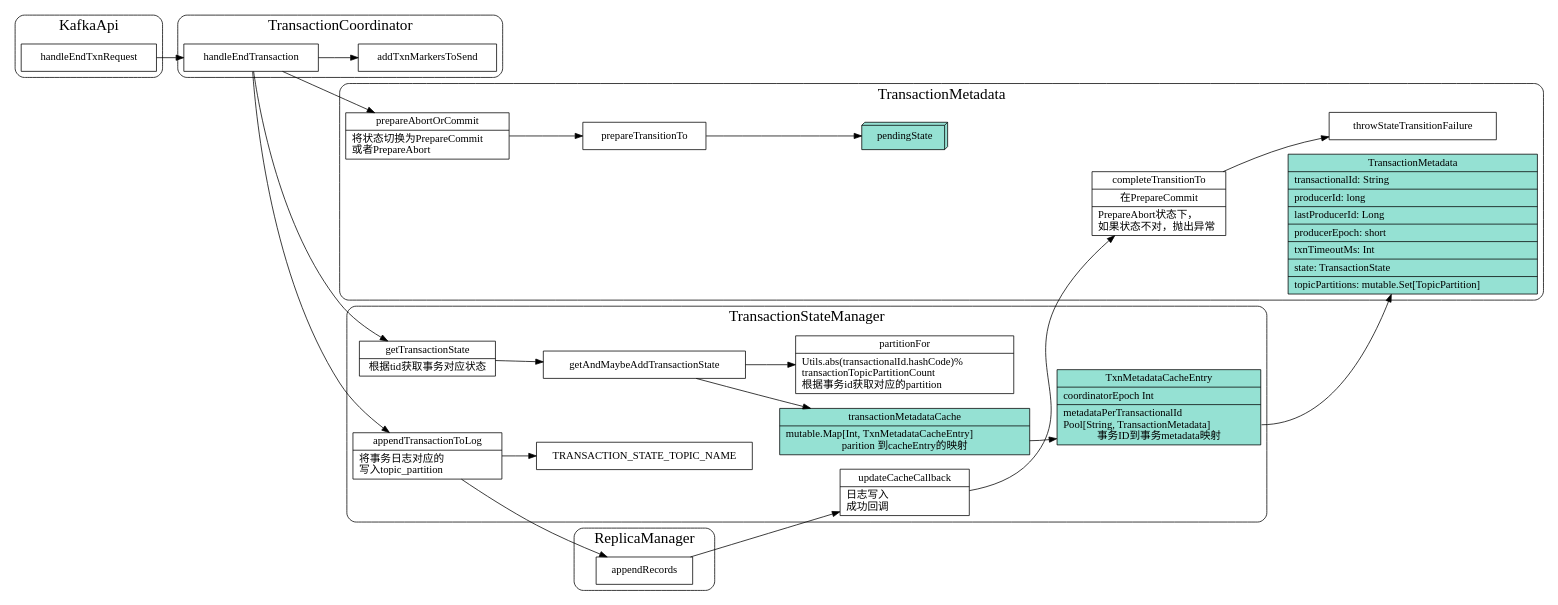
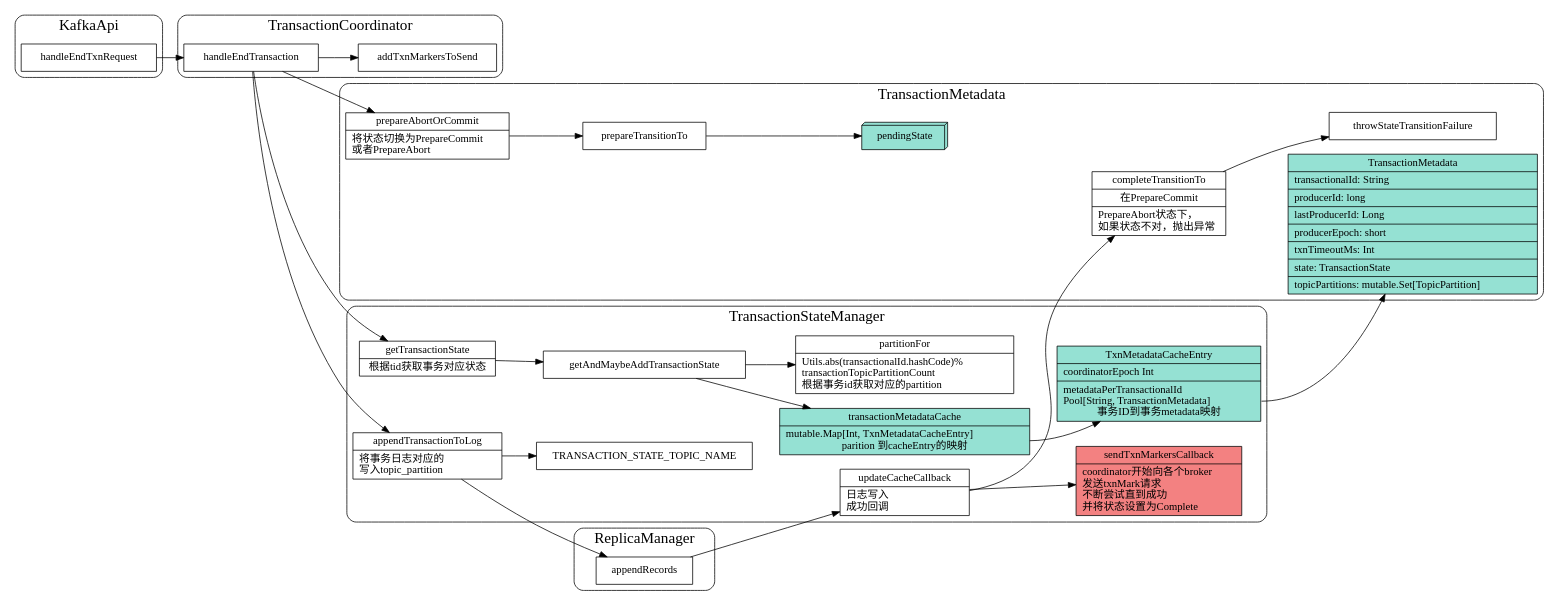
One commit to xieyu/blog changed the diagram in src/kafka/txn-prepare.dot. Above: the diagram before and after it, drawn with Graphviz. The commit also changed 3 other files, not shown here.

Commit message:
draft: refine graph of prepare/commit

```diff
--- a/src/kafka/txn-prepare.dot
+++ b/src/kafka/txn-prepare.dot
@@ -1,155 +1,168 @@
 digraph txn_prepare {
   node[shape=box;];
   newrank=true;
   rankdir=LR;
 
   subgraph cluster_ReplicaManager {
     graph[label="ReplicaManager";fontsize=20;style=rounded];
     appendRecords;
   };
 
   subgraph cluster_TransactionMetadata {
     graph[label="TransactionMetadata";fontsize=20;style=rounded];
     TransactionMetadata[
       fillcolor="#95e1d3";
       style=filled;
       shape="record";
       label="{{
         TransactionMetadata|
         transactionalId: String \l|
         producerId: long \l|
         lastProducerId: Long \l|
         producerEpoch: short \l|
         txnTimeoutMs: Int \l|
         state: TransactionState \l|
         <tp> topicPartitions: mutable.Set[TopicPartition]\l
       }}";
     ];
     prepareTransitionTo[
       shape="record";
       label="{{
         prepareTransitionTo
       }}";
     ];
     completeTransitionTo[
       shape="record";
       label="{{
         completeTransitionTo|
         在PrepareCommit|PrepareAbort状态下，\l 
         如果状态不对，抛出异常\l
       }}";
     ];
     pendingState[
       fillcolor="#95e1d3";
       style=filled;
       shape="box3d";
       label="pendingState"
     ];
     prepareAbortOrCommit[
       shape="record";
       label="{{
         prepareAbortOrCommit|
         将状态切换为PrepareCommit\l 
         或者PrepareAbort\l
       }}";
     ];
     prepareAbortOrCommit ->  prepareTransitionTo -> pendingState;
     completeTransitionTo -> throwStateTransitionFailure;
   };
 
   subgraph cluster_TransactionStateManager {
     graph[label="TransactionStateManager";fontsize=20;style=rounded];
     appendTransactionToLog[
       shape="record";
       label="{{
         appendTransactionToLog|
         将事务日志对应的\l 
         写入topic_partition\l
       }}";
     ];
     getTransactionState[
       shape="record";
       label="{{
         getTransactionState|
         根据tid获取事务对应状态
       }}";
     ];
     transactionMetadataCache[
       fillcolor="#95e1d3";
       style=filled;
       shape="box3d";
       label="transactionMetadataCache"
     ];
     transactionMetadataCache[
       fillcolor="#95e1d3";
       style=filled;
       shape="record";
       label="{{
         transactionMetadataCache|
         <entry>mutable.Map[Int, TxnMetadataCacheEntry]\l
         parition 到cacheEntry的映射
       }}";
     ];
     TxnMetadataCacheEntry[
       shape="record";
       fillcolor="#95e1d3";
       style=filled;
       label="{{
         TxnMetadataCacheEntry|
         coordinatorEpoch Int \l|
         <meta> metadataPerTransactionalId \l 
         Pool[String, TransactionMetadata]\l
         事务ID到事务metadata映射
       }}";
     ];
     partitionFor[
       shape="record";
       label="{{
         partitionFor|
         Utils.abs(transactionalId.hashCode)\%\l transactionTopicPartitionCount 
         \l 根据事务id获取对应的partition\l
       }}";
     ];
 
     updateCacheCallback[
       shape="record";
       label="{{
         updateCacheCallback|
         日志写入\l 
         成功回调\l
       }}";
     ];
     transactionMetadataCache:entry -> TxnMetadataCacheEntry;
     TxnMetadataCacheEntry:meta -> TransactionMetadata;
 
     getTransactionState -> getAndMaybeAddTransactionState;
     getAndMaybeAddTransactionState -> {
       transactionMetadataCache;
       partitionFor;
     }
 
     appendTransactionToLog -> {
       TRANSACTION_STATE_TOPIC_NAME;
       appendRecords;
     };
     appendRecords -> updateCacheCallback -> completeTransitionTo;
+    updateCacheCallback -> sendTxnMarkersCallback;
+    sendTxnMarkersCallback[
+      fillcolor="#f38181"
+      style=filled;
+      shape="record";
+      label="{{
+        sendTxnMarkersCallback|
+        coordinator开始向各个broker\l 
+        发送txnMark请求\l
+        不断尝试直到成功\l
+        并将状态设置为Complete\l
+        }}"
+    ];
   };
 
 
   subgraph cluster_TransactionCoordinator {
     graph[label="TransactionCoordinator";fontsize=20;style=rounded];
     handleEndTransaction -> {
       getTransactionState;
       appendTransactionToLog;
       prepareAbortOrCommit;
       addTxnMarkersToSend;
     }
   };
   subgraph cluster_KafkaApi {
     graph[label="KafkaApi";fontsize=20;style=rounded];
     handleEndTxnRequest -> {
       handleEndTransaction;
     }
   };
 
 }
```
